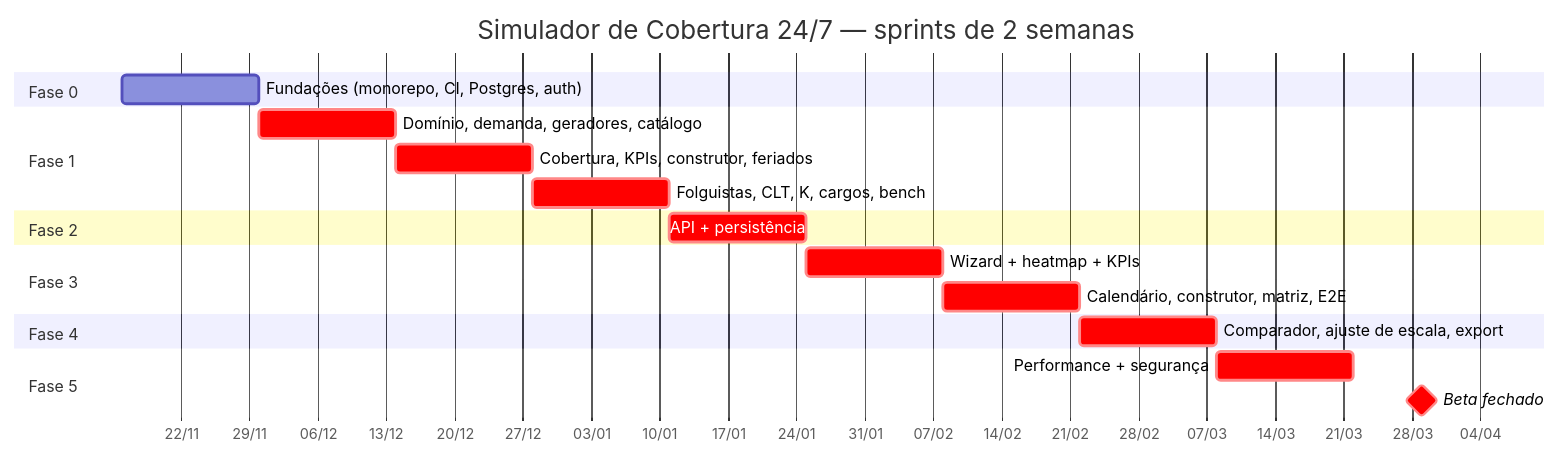
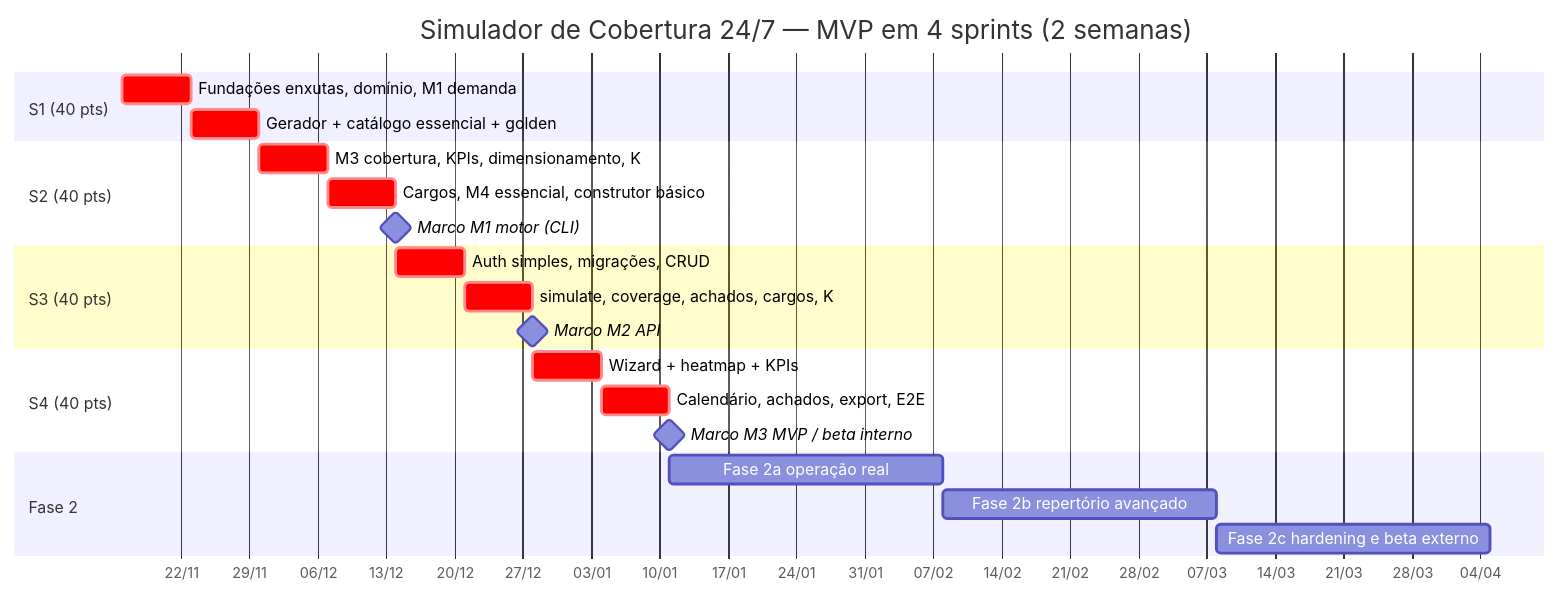
The diagram in docs/simulador-escalas/06-plano-de-implementacao.md (thgterto/Ferramentas-Web), drawn with Mermaid before and after one commit. The commit also changed other lines of this file and 6 other files, not shown here.

First line of the commit message:
docs: v3.3 - MVP enxuto em 4 sprints

````diff
--- a/docs/simulador-escalas/06-plano-de-implementacao.md
+++ b/docs/simulador-escalas/06-plano-de-implementacao.md
@@ -173,22 +192,25 @@
 ```mermaid
 gantt
-    title Simulador de Cobertura 24/7 — sprints de 2 semanas
+    title Simulador de Cobertura 24/7 — MVP em 4 sprints (2 semanas)
     dateFormat  YYYY-MM-DD
     axisFormat  %d/%m
-    section Fase 0
-    Fundações (monorepo, CI, Postgres, auth)   :f0, 2026-11-16, 14d
-    section Fase 1
-    Domínio, demanda, geradores, catálogo      :crit, f1a, after f0, 14d
-    Cobertura, KPIs, construtor, feriados      :crit, f1b, after f1a, 14d
-    Folguistas, CLT, K, cargos, bench          :crit, f1c, after f1b, 14d
+    section S1 (40 pts)
+    Fundações enxutas, domínio, M1 demanda     :crit, s1a, 2026-11-16, 7d
+    Gerador + catálogo essencial + golden      :crit, s1b, after s1a, 7d
+    section S2 (40 pts)
+    M3 cobertura, KPIs, dimensionamento, K     :crit, s2a, after s1b, 7d
+    Cargos, M4 essencial, construtor básico    :crit, s2b, after s2a, 7d
+    Marco M1 motor (CLI)                       :milestone, m1, after s2b, 0d
+    section S3 (40 pts)
+    Auth simples, migrações, CRUD              :crit, s3a, after s2b, 7d
+    simulate, coverage, achados, cargos, K     :crit, s3b, after s3a, 7d
+    Marco M2 API                               :milestone, m2, after s3b, 0d
+    section S4 (40 pts)
+    Wizard + heatmap + KPIs                    :crit, s4a, after s3b, 7d
+    Calendário, achados, export, E2E           :crit, s4b, after s4a, 7d
+    Marco M3 MVP / beta interno                :milestone, m3, after s4b, 0d
     section Fase 2
-    API + persistência                         :crit, f2, after f1c, 14d
-    section Fase 3
-    Wizard + heatmap + KPIs                    :crit, f3a, after f2, 14d
-    Calendário, construtor, matriz, E2E        :crit, f3b, after f3a, 14d
-    section Fase 4
-    Comparador, ajuste de escala, export       :crit, f4, after f3b, 14d
-    section Fase 5
-    Performance + segurança                    :crit, f5a, after f4, 14d
-    Beta fechado                               :milestone, crit, f5b, after f5a, 14d
+    Fase 2a operação real                      :f2a, after s4b, 28d
+    Fase 2b repertório avançado                :f2b, after f2a, 28d
+    Fase 2c hardening e beta externo           :f2c, after f2b, 28d
 ```
````
